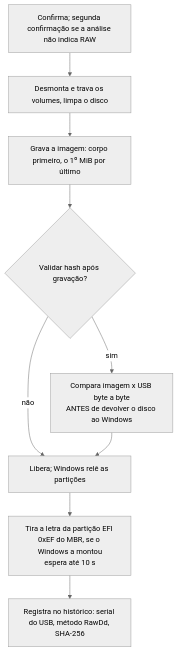
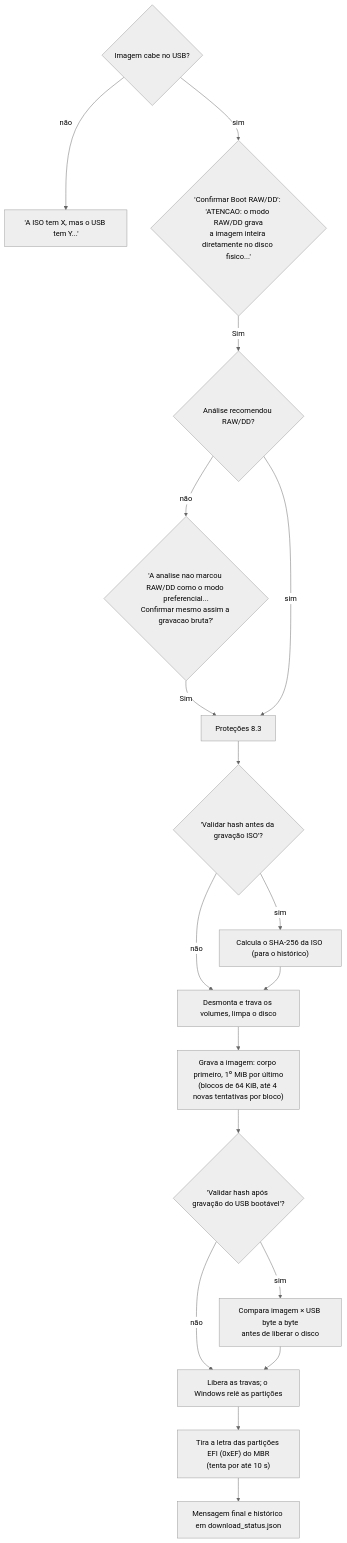
One commit to MarceloSobral-Quallit/Q-DISK changed the tenth of 15 diagrams in docs/FLUXOS_APP.md. Above: the diagram before and after it, drawn with Mermaid (neutral theme). The commit also changed other lines of this file, not shown here.

````diff
--- a/docs/FLUXOS_APP.md
+++ b/docs/FLUXOS_APP.md
@@ -181,11 +584,20 @@
 ```mermaid
 flowchart TD
-    A[Confirma; segunda confirmação se a análise não indica RAW] --> B[Desmonta e trava os volumes, limpa o disco]
-    B --> C[Grava a imagem: corpo primeiro, o 1º MiB por último]
-    C --> D{Validar hash após gravação?}
-    D -- sim --> E[Compara imagem x USB byte a byte<br/>ANTES de devolver o disco ao Windows]
-    D -- não --> F
-    E --> F[Libera; Windows relê as partições]
-    F --> L[Tira a letra da partição EFI 0xEF do MBR, se o Windows a montou<br/>espera até 10 s]
-    L --> G[Registra no histórico: serial do USB, método RawDd, SHA-256]
+    A{"Imagem cabe no USB?"} -- "não" --> A1["'A ISO tem X, mas o USB tem Y...'"]
+    A -- "sim" --> B{"'Confirmar Boot RAW/DD': 'ATENCAO: o modo RAW/DD grava<br/>a imagem inteira diretamente no disco fisico...'"}
+    B -- "Sim" --> C{"Análise recomendou RAW/DD?"}
+    C -- "não" --> C1{"'A analise nao marcou RAW/DD como o modo preferencial...<br/>Confirmar mesmo assim a gravacao bruta?'"}
+    C1 -- "Sim" --> D
+    C -- "sim" --> D["Proteções 8.3"]
+    D --> E{"'Validar hash antes da gravação ISO'?"}
+    E -- "sim" --> E1["Calcula o SHA-256 da ISO (para o histórico)"]
+    E -- "não" --> F
+    E1 --> F["Desmonta e trava os volumes, limpa o disco"]
+    F --> G["Grava a imagem: corpo primeiro, 1º MiB por último<br/>(blocos de 64 KiB, até 4 novas tentativas por bloco)"]
+    G --> H{"'Validar hash após gravação do USB bootável'?"}
+    H -- "sim" --> I["Compara imagem × USB byte a byte<br/>antes de liberar o disco"]
+    H -- "não" --> J
+    I --> J["Libera as travas; o Windows relê as partições"]
+    J --> K["Tira a letra das partições EFI (0xEF) do MBR<br/>(tenta por até 10 s)"]
+    K --> L["Mensagem final e histórico em download_status.json"]
 ```
````
